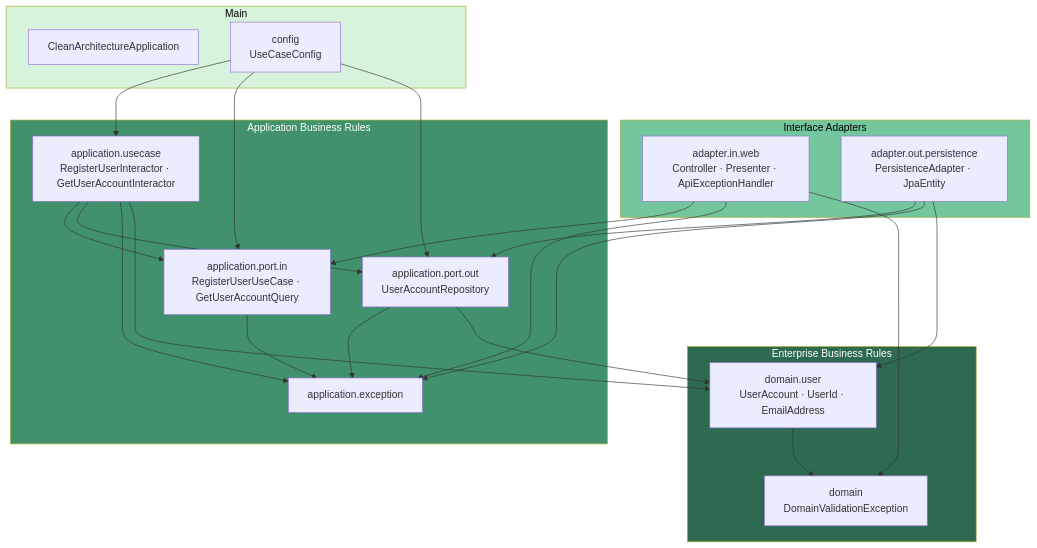
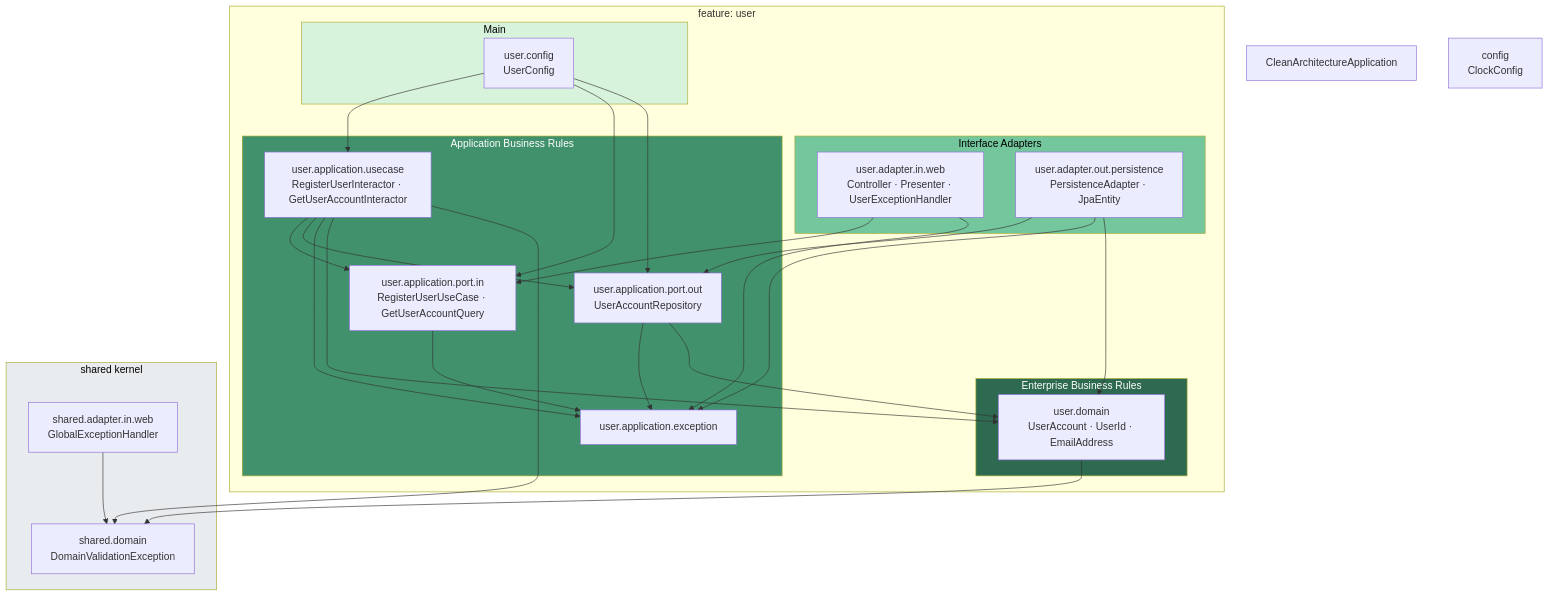
The first of 6 diagrams in docs/architecture/diagrams.md (Zhakhongir4048/clean-architecture), drawn with Mermaid before and after one commit. The commit also changed other lines of this file and 67 other files, not shown here.

````diff
--- a/docs/architecture/diagrams.md
+++ b/docs/architecture/diagrams.md
@@ -7,44 +7,54 @@
 ```mermaid
 graph TD
-    subgraph MAIN["Main"]
-        app["CleanArchitectureApplication"]
-        config["config<br/>UseCaseConfig"]
-    end
-    subgraph ADAPTERS["Interface Adapters"]
-        web["adapter.in.web<br/>Controller · Presenter · ApiExceptionHandler"]
-        persistence["adapter.out.persistence<br/>PersistenceAdapter · JpaEntity"]
-    end
-    subgraph APPLICATION["Application Business Rules"]
-        usecase["application.usecase<br/>RegisterUserInteractor · GetUserAccountInteractor"]
-        portin["application.port.in<br/>RegisterUserUseCase · GetUserAccountQuery"]
-        portout["application.port.out<br/>UserAccountRepository"]
-        exception["application.exception"]
-    end
-    subgraph DOMAIN["Enterprise Business Rules"]
-        user["domain.user<br/>UserAccount · UserId · EmailAddress"]
-        domain["domain<br/>DomainValidationException"]
+    app["CleanArchitectureApplication"]
+    config["config<br/>ClockConfig"]
+
+    subgraph USER["feature: user"]
+        subgraph U_MAIN["Main"]
+            ucfg["user.config<br/>UserConfig"]
+        end
+        subgraph U_ADAPTERS["Interface Adapters"]
+            web["user.adapter.in.web<br/>Controller · Presenter · UserExceptionHandler"]
+            persistence["user.adapter.out.persistence<br/>PersistenceAdapter · JpaEntity"]
+        end
+        subgraph U_APPLICATION["Application Business Rules"]
+            usecase["user.application.usecase<br/>RegisterUserInteractor · GetUserAccountInteractor"]
+            portin["user.application.port.in<br/>RegisterUserUseCase · GetUserAccountQuery"]
+            portout["user.application.port.out<br/>UserAccountRepository"]
+            exception["user.application.exception"]
+        end
+        subgraph U_DOMAIN["Enterprise Business Rules"]
+            udomain["user.domain<br/>UserAccount · UserId · EmailAddress"]
+        end
     end
 
-    config --> usecase
-    config --> portin
-    config --> portout
+    subgraph SHARED["shared kernel"]
+        sweb["shared.adapter.in.web<br/>GlobalExceptionHandler"]
+        sdomain["shared.domain<br/>DomainValidationException"]
+    end
+
+    ucfg --> usecase
+    ucfg --> portin
+    ucfg --> portout
     web --> portin
     web --> exception
-    web --> domain
     persistence --> portout
     persistence --> exception
-    persistence --> user
+    persistence --> udomain
     usecase --> portin
     usecase --> portout
     usecase --> exception
-    usecase --> user
+    usecase --> udomain
+    usecase --> sdomain
     portin --> exception
     portout --> exception
-    portout --> user
-    user --> domain
+    portout --> udomain
+    udomain --> sdomain
+    sweb --> sdomain
 
-    style DOMAIN fill:#2d6a4f,color:#fff
-    style APPLICATION fill:#40916c,color:#fff
-    style ADAPTERS fill:#74c69d,color:#000
-    style MAIN fill:#d8f3dc,color:#000
+    style U_DOMAIN fill:#2d6a4f,color:#fff
+    style U_APPLICATION fill:#40916c,color:#fff
+    style U_ADAPTERS fill:#74c69d,color:#000
+    style U_MAIN fill:#d8f3dc,color:#000
+    style SHARED fill:#e9ecef,color:#000
 ```
````
